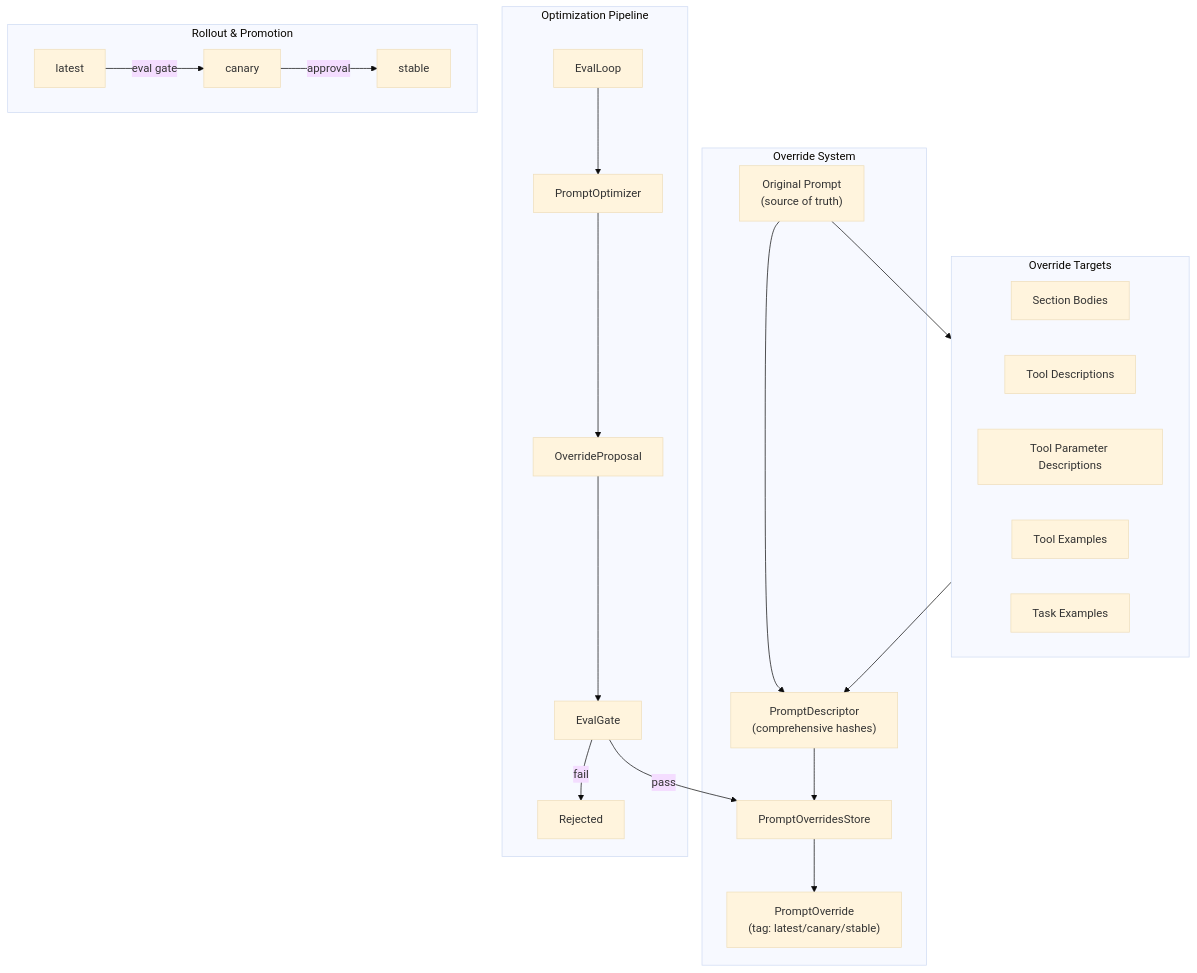
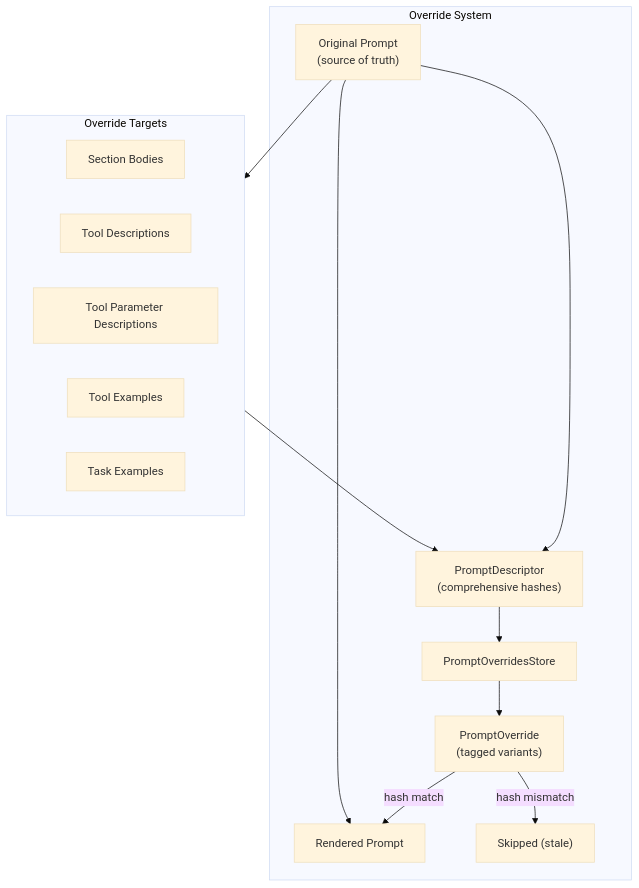
One commit to weakincentives/weakincentives changed the diagram in specs/PROMPT_OPTIMIZATION.md. Above: the diagram before and after it, drawn with Mermaid (base theme). The commit also changed other lines of this file, not shown here.

First line of the commit message:
Simplify prompt overrides spec to focus on core infrastructure

````diff
--- a/specs/PROMPT_OPTIMIZATION.md
+++ b/specs/PROMPT_OPTIMIZATION.md
@@ -23,46 +19,27 @@
 ```mermaid
 flowchart TB
     subgraph Targets["Override Targets"]
         Sections["Section Bodies"]
         ToolDesc["Tool Descriptions"]
         ToolParams["Tool Parameter Descriptions"]
         ToolExamples["Tool Examples"]
         TaskExamples["Task Examples"]
     end
 
     subgraph Override["Override System"]
         Original["Original Prompt<br/>(source of truth)"]
         Descriptor["PromptDescriptor<br/>(comprehensive hashes)"]
         Store["PromptOverridesStore"]
-        Override_["PromptOverride<br/>(tag: latest/canary/stable)"]
+        Override_["PromptOverride<br/>(tagged variants)"]
 
         Original --> Descriptor
         Store --> Override_
-    end
-
-    subgraph Optimization["Optimization Pipeline"]
-        Evals["EvalLoop"]
-        Optimizer["PromptOptimizer"]
-        Proposal["OverrideProposal"]
-        Gate["EvalGate"]
-
-        Evals --> Optimizer
-        Optimizer --> Proposal
-        Proposal --> Gate
-        Gate -->|pass| Store
-        Gate -->|fail| Rejected["Rejected"]
-    end
-
-    subgraph Rollout["Rollout & Promotion"]
-        Latest["latest"]
-        Canary["canary"]
-        Stable["stable"]
-
-        Latest -->|eval gate| Canary
-        Canary -->|approval| Stable
+        Override_ -->|hash match| Rendered
+        Override_ -->|hash mismatch| Skipped["Skipped (stale)"]
     end
 
     Descriptor --> Store
     Original --> Targets
     Targets --> Descriptor
+    Original --> Rendered["Rendered Prompt"]
 ```
````
